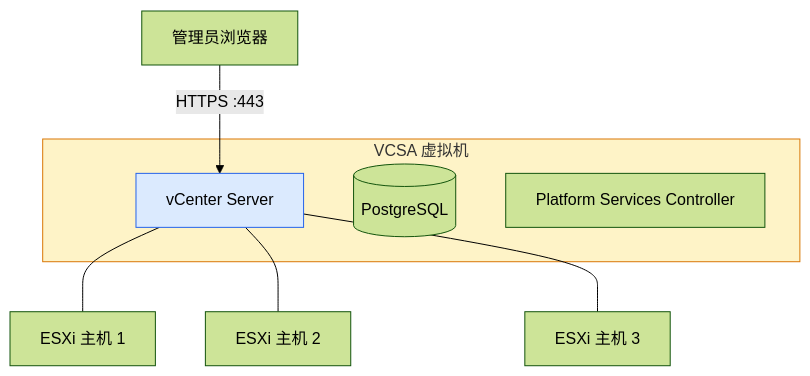
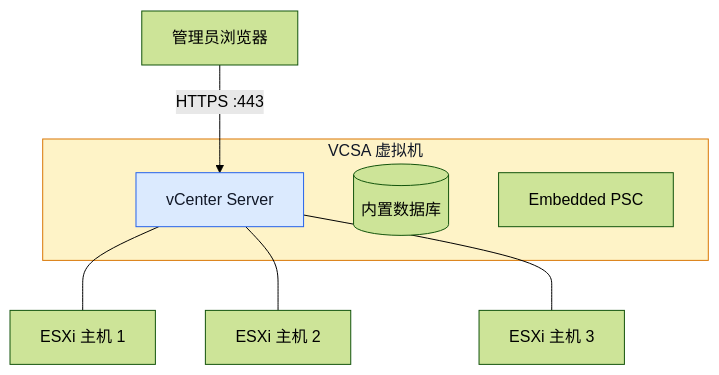
The first of 2 diagrams in docs/deployment/vmware/vcenter-7.0.md (hfei929/1hair-labs), drawn with Mermaid (forest theme) before and after one commit. The commit also changed other lines of this file and 21 other files, not shown here.

Commit message:
添加 NetworkPolicy 文章以及优化之前文章中对站点图片引用失效的问题

````diff
--- a/docs/deployment/vmware/vcenter-7.0.md
+++ b/docs/deployment/vmware/vcenter-7.0.md
@@ -39,17 +32,17 @@
 ```mermaid
 flowchart TB
     subgraph VCSA[VCSA 虚拟机]
         vc[vCenter Server]
-        db[(PostgreSQL)]
-        psc[Platform Services Controller]
+        db[(内置数据库)]
+        psc[Embedded PSC]
     end
 
     vc --- esxi1[ESXi 主机 1]
     vc --- esxi2[ESXi 主机 2]
     vc --- esxi3[ESXi 主机 3]
 
     user[管理员浏览器] -->|HTTPS :443| vc
 
-    style VCSA fill:#fef3c7,stroke:#d97706
-    style vc fill:#dbeafe,stroke:#2563eb
+    style VCSA fill:#fef3c7,stroke:#d97706,color:#111827
+    style vc fill:#dbeafe,stroke:#2563eb,color:#111827
 ```
````
